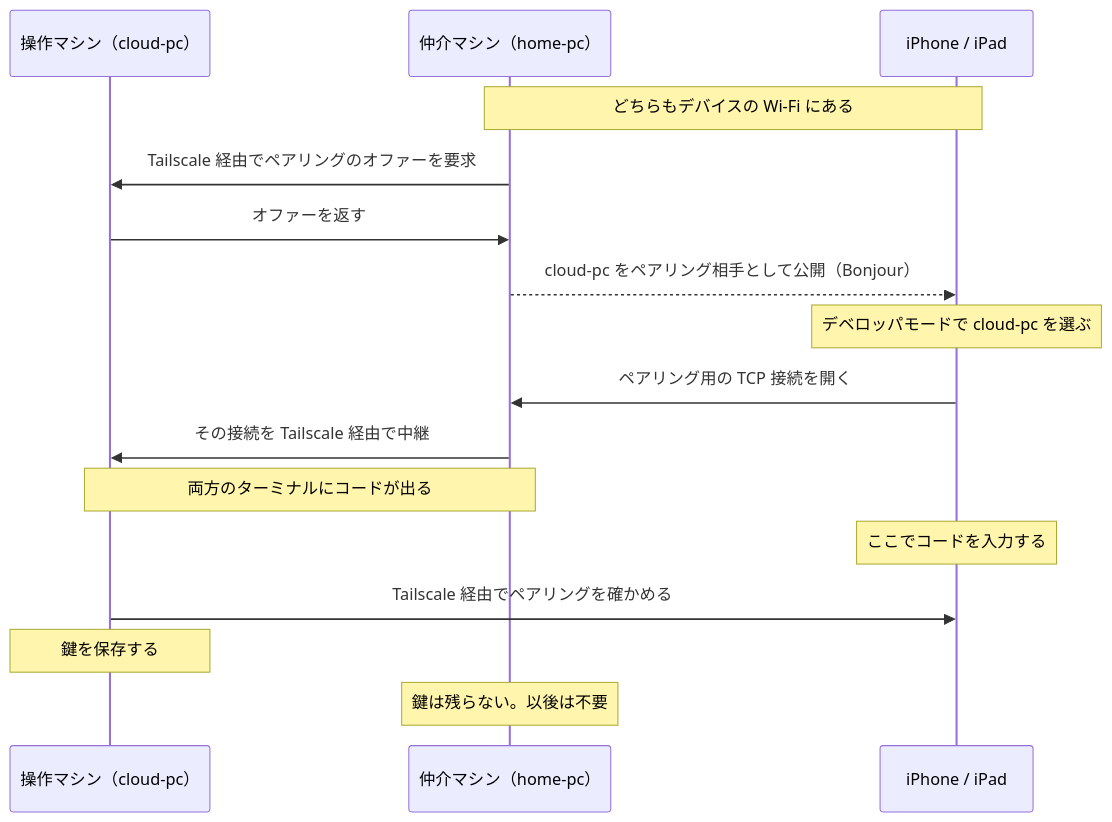
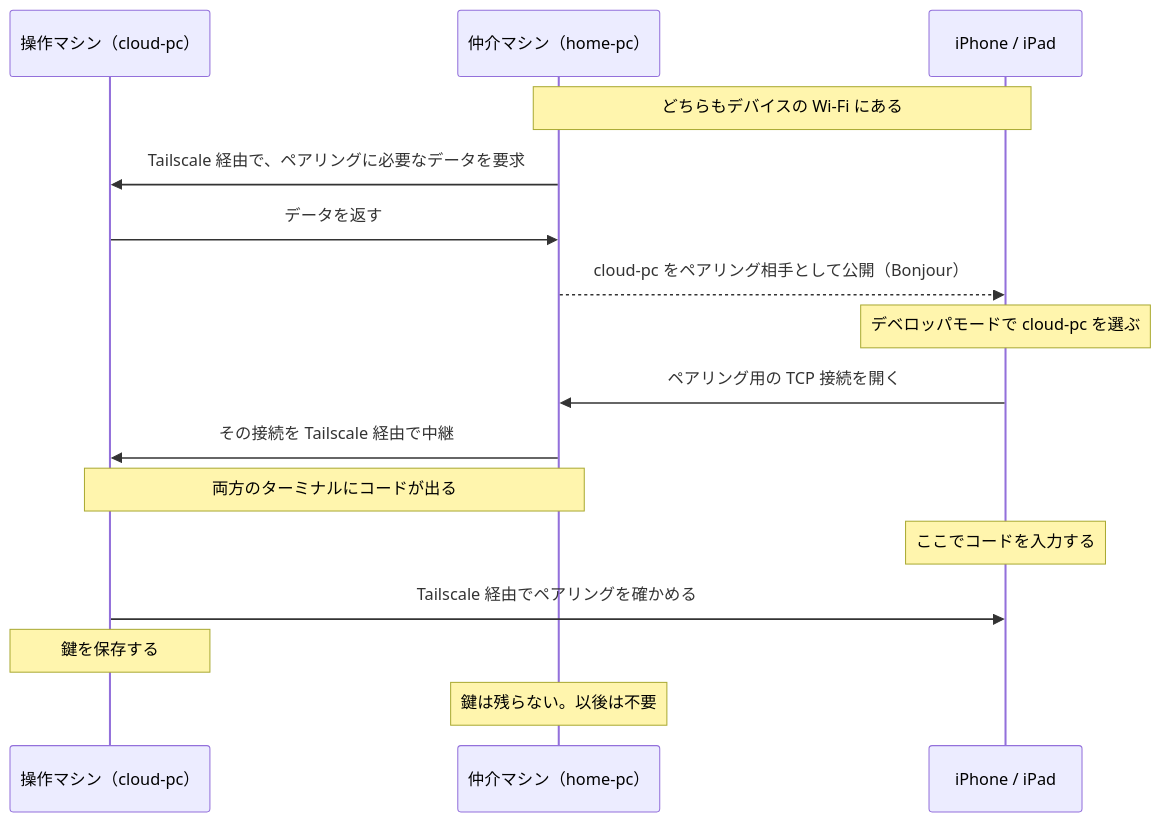
The second of 3 diagrams in Rust/roamrunctl/README.ja.md (mh-mobile/RoamRun), drawn with Mermaid before and after one commit. The commit also changed other lines of this file and 3 other files, not shown here.

````diff
--- a/Rust/roamrunctl/README.ja.md
+++ b/Rust/roamrunctl/README.ja.md
@@ -110,18 +117,18 @@
 ```mermaid
 sequenceDiagram
   participant U as 操作マシン（cloud-pc）
   participant N as 仲介マシン（home-pc）
   participant D as iPhone / iPad
   Note over N,D: どちらもデバイスの Wi-Fi にある
-  N->>U: Tailscale 経由でペアリングのオファーを要求
-  U->>N: オファーを返す
+  N->>U: Tailscale 経由で、ペアリングに必要なデータを要求
+  U->>N: データを返す
   N-->>D: cloud-pc をペアリング相手として公開（Bonjour）
   Note over D: デベロッパモードで cloud-pc を選ぶ
   D->>N: ペアリング用の TCP 接続を開く
   N->>U: その接続を Tailscale 経由で中継
   Note over U,N: 両方のターミナルにコードが出る
   Note over D: ここでコードを入力する
   U->>D: Tailscale 経由でペアリングを確かめる
   Note over U: 鍵を保存する
   Note over N: 鍵は残らない。以後は不要
 ```
````
